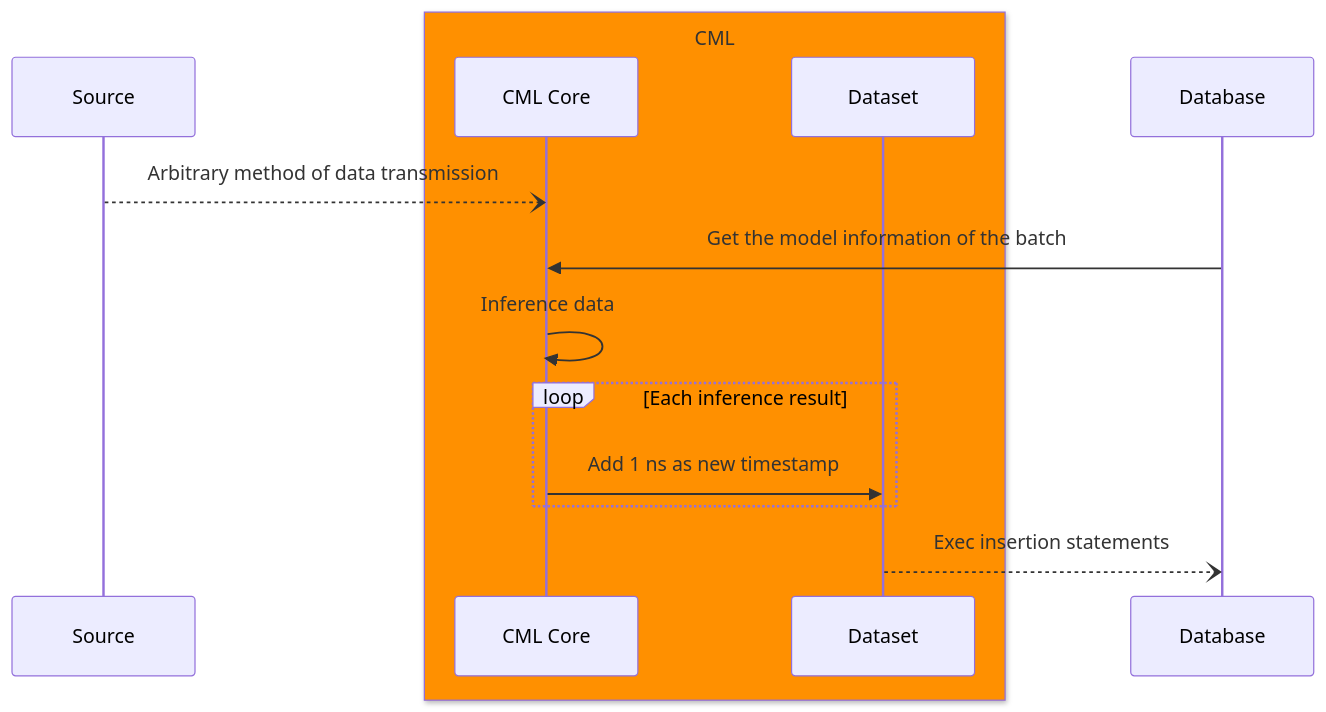
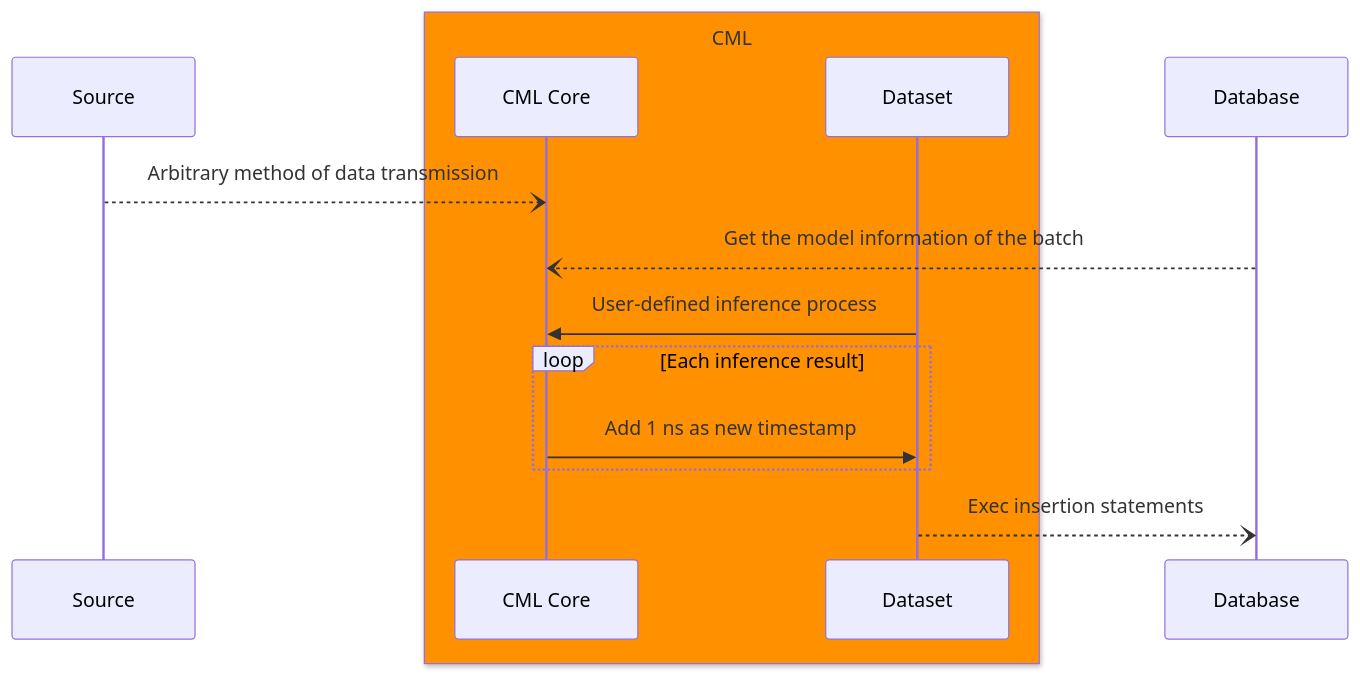
The third of 3 diagrams in ARCHITECTURE.md (bioinformatist/cml), drawn with Mermaid before and after one commit. The commit also changed other lines of this file, not shown here.

Commit message:
docs: add sequence diagram for `Inference` trait

````diff
--- a/ARCHITECTURE.md
+++ b/ARCHITECTURE.md
@@ -136,15 +136,15 @@
 ```mermaid
 sequenceDiagram
     participant Source
     box rgb(255, 144, 0) CML
     participant CML Core
     participant Dataset
     end
     Source --) CML Core: Arbitrary method of data transmission
-    Database ->> CML Core : Get the model information of the batch
-    CML Core ->> CML Core : Inference data
+    Database --) CML Core : Get the model information of the batch
+    Dataset ->> CML Core : User-defined inference process
     loop Each inference result
         CML Core ->> Dataset: Add 1 ns as new timestamp
     end
     Dataset--)Database: Exec insertion statements
 ```
````
